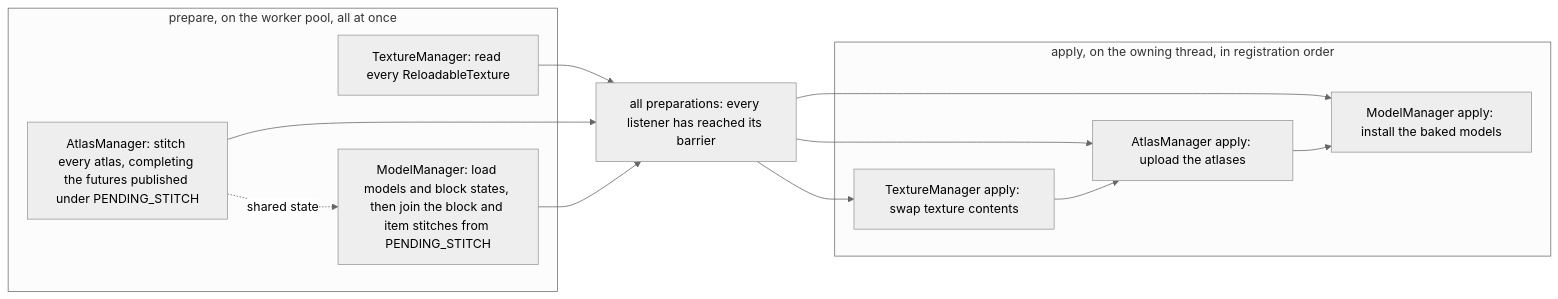
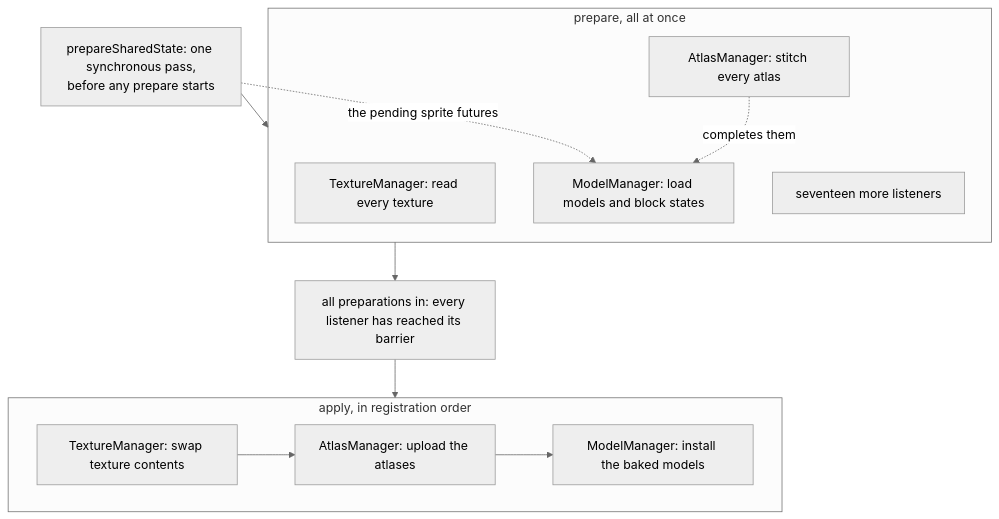
One commit to AlexanderjFraser/MinecraftDocs changed the second of 3 diagrams in src/systems/foundations/resource-system.md. Above: the diagram before and after it, drawn with Mermaid (neutral theme). The commit also changed other lines of this file and 14 other files, not shown here.

````diff
--- a/src/systems/foundations/resource-system.md
+++ b/src/systems/foundations/resource-system.md
@@ -202,23 +207,20 @@
 ```mermaid
-flowchart LR
-    subgraph PREP["prepare, on the worker pool, all at once"]
-        TMp["TextureManager: read every ReloadableTexture"]
-        AMp["AtlasManager: stitch every atlas, completing the futures published under PENDING_STITCH"]
-        MMp["ModelManager: load models and block states, then join the block and item stitches from PENDING_STITCH"]
+flowchart TD
+    SS["prepareSharedState: one synchronous pass,<br/>before any prepare starts"]:::worker
+    subgraph PREP["prepare, all at once"]
+        TMp["TextureManager: read every texture"]:::worker
+        AMp["AtlasManager: stitch every atlas"]:::worker
+        MMp["ModelManager: load models and block states"]:::worker
+        ETC["seventeen more listeners"]:::worker
     end
-    ALL["all preparations: every listener has reached its barrier"]
-    TMp --> ALL
-    AMp --> ALL
-    MMp --> ALL
-    AMp -. "shared state" .-> MMp
-    subgraph APP["apply, on the owning thread, in registration order"]
-        TMa["TextureManager apply: swap texture contents"]
-        AMa["AtlasManager apply: upload the atlases"]
-        MMa["ModelManager apply: install the baked models"]
+    ALL["all preparations in: every listener has reached its barrier"]:::client
+    subgraph APP["apply, in registration order"]
+        TMa["TextureManager: swap texture contents"]:::client --> AMa["AtlasManager: upload the atlases"]:::client
+        AMa --> MMa["ModelManager: install the baked models"]:::client
     end
-    ALL --> TMa
-    ALL --> AMa
-    ALL --> MMa
-    TMa --> AMa
-    AMa --> MMa
+    SS --> PREP
+    PREP --> ALL
+    ALL --> APP
+    SS -. "the pending sprite futures" .-> MMp
+    AMp -. "completes them" .-> MMp
 ```
````
